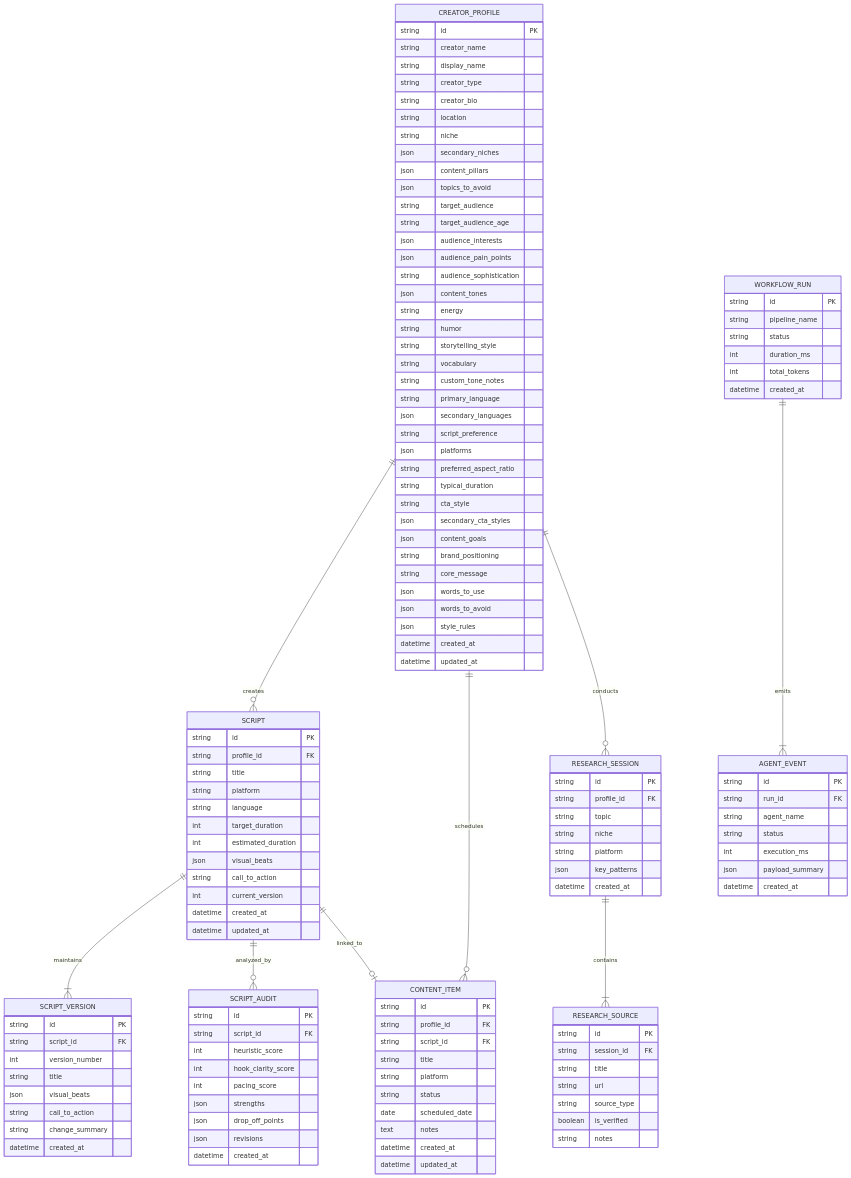
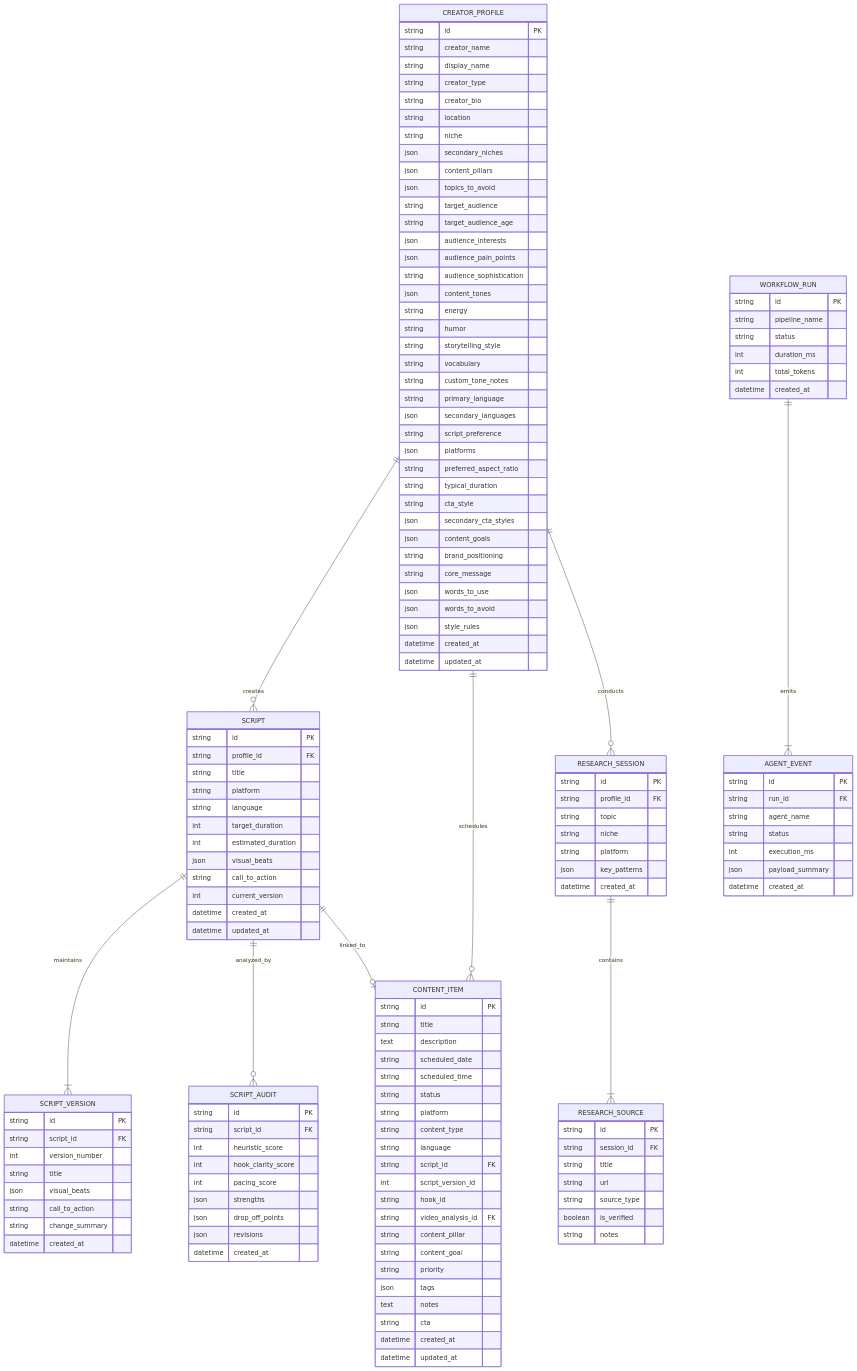
Before and after one commit to vamshi933786/CINEHA.AI: the diagram in docs/DATABASE.md, drawn with Mermaid. The commit also changed 28 other files, not shown here.

```diff
--- a/docs/DATABASE.md
+++ b/docs/DATABASE.md
@@ -100,13 +100,24 @@
 
     CONTENT_ITEM {
         string id PK
-        string profile_id FK
+        string title
+        text description
+        string scheduled_date
+        string scheduled_time
+        string status
+        string platform
+        string content_type
+        string language
         string script_id FK
-        string title
-        string platform
-        string status
-        date scheduled_date
+        int script_version_id
+        string hook_id
+        string video_analysis_id FK
+        string content_pillar
+        string content_goal
+        string priority
+        json tags
         text notes
+        string cta
         datetime created_at
         datetime updated_at
     }
```
